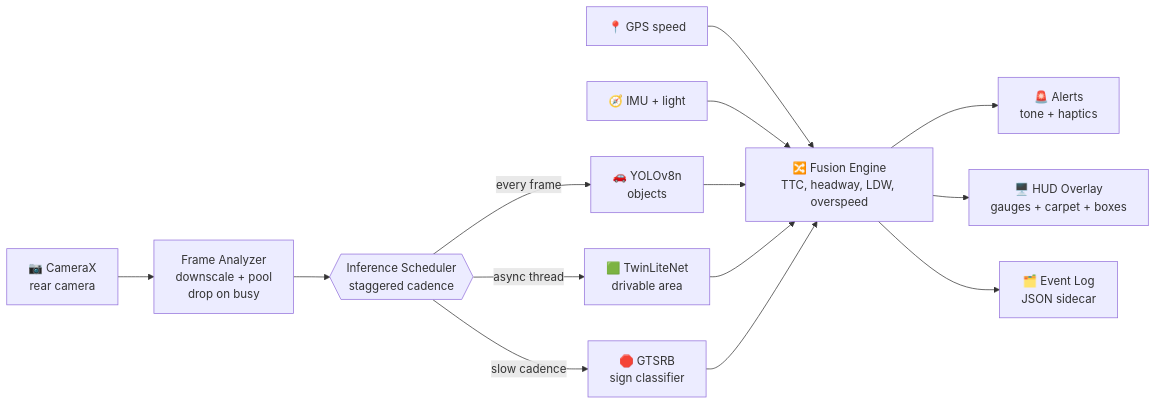
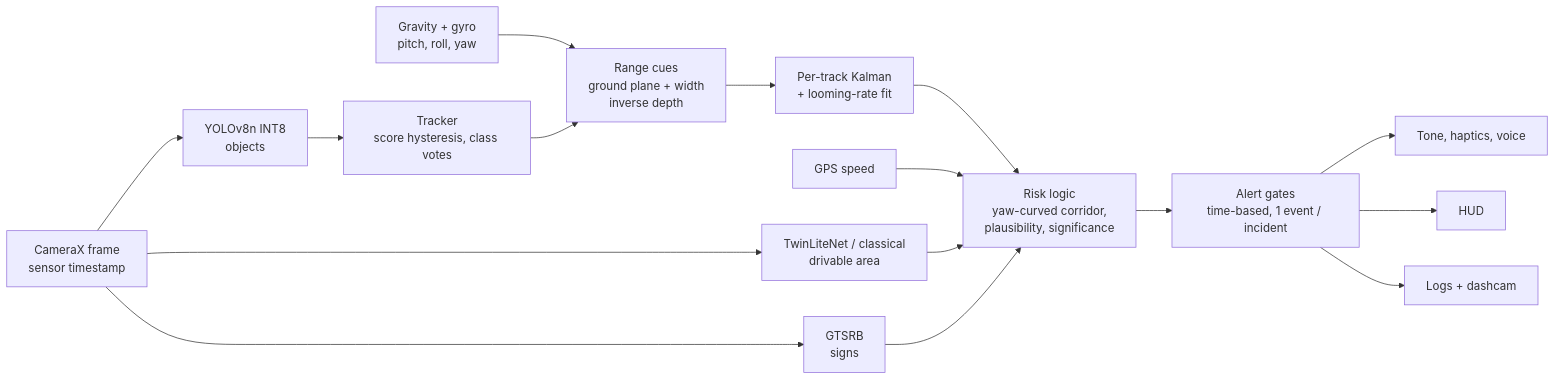
Before and after one commit to Sherin-SEF-AI/Lyne-ADAS: the diagram in README.md, drawn with Mermaid. The commit also changed other lines of this file and 48 other files, not shown here.

````diff
--- a/README.md
+++ b/README.md
@@ -53,16 +96,18 @@
 ```mermaid
 flowchart LR
-    A[📷 CameraX<br/>rear camera] --> B[Frame Analyzer<br/>downscale + pool<br/>drop on busy]
-    B --> C{{Inference Scheduler<br/>staggered cadence}}
-    C -->|every frame| D[🚗 YOLOv8n<br/>objects]
-    C -->|async thread| E[🟩 TwinLiteNet<br/>drivable area]
-    C -->|slow cadence| F[🛑 GTSRB<br/>sign classifier]
-    G[📍 GPS speed] --> H
-    I[🧭 IMU + light] --> H
-    D --> H[🔀 Fusion Engine<br/>TTC, headway, LDW, overspeed]
-    E --> H
-    F --> H
-    H --> J[🚨 Alerts<br/>tone + haptics]
-    H --> K[🖥️ HUD Overlay<br/>gauges + carpet + boxes]
-    H --> L[🗂️ Event Log<br/>JSON sidecar]
+    A[CameraX frame<br/>sensor timestamp] --> B[YOLOv8n INT8<br/>objects]
+    A --> C[TwinLiteNet / classical<br/>drivable area]
+    A --> D[GTSRB<br/>signs]
+    B --> E[Tracker<br/>score hysteresis, class votes]
+    G[Gravity + gyro<br/>pitch, roll, yaw] --> F
+    E --> F[Range cues<br/>ground plane + width<br/>inverse depth]
+    F --> H[Per-track Kalman<br/>+ looming-rate fit]
+    H --> I[Risk logic<br/>yaw-curved corridor,<br/>plausibility, significance]
+    J[GPS speed] --> I
+    C --> I
+    D --> I
+    I --> K[Alert gates<br/>time-based, 1 event / incident]
+    K --> L[Tone, haptics, voice]
+    K --> M[HUD]
+    K --> N[Logs + dashcam]
 ```
````
